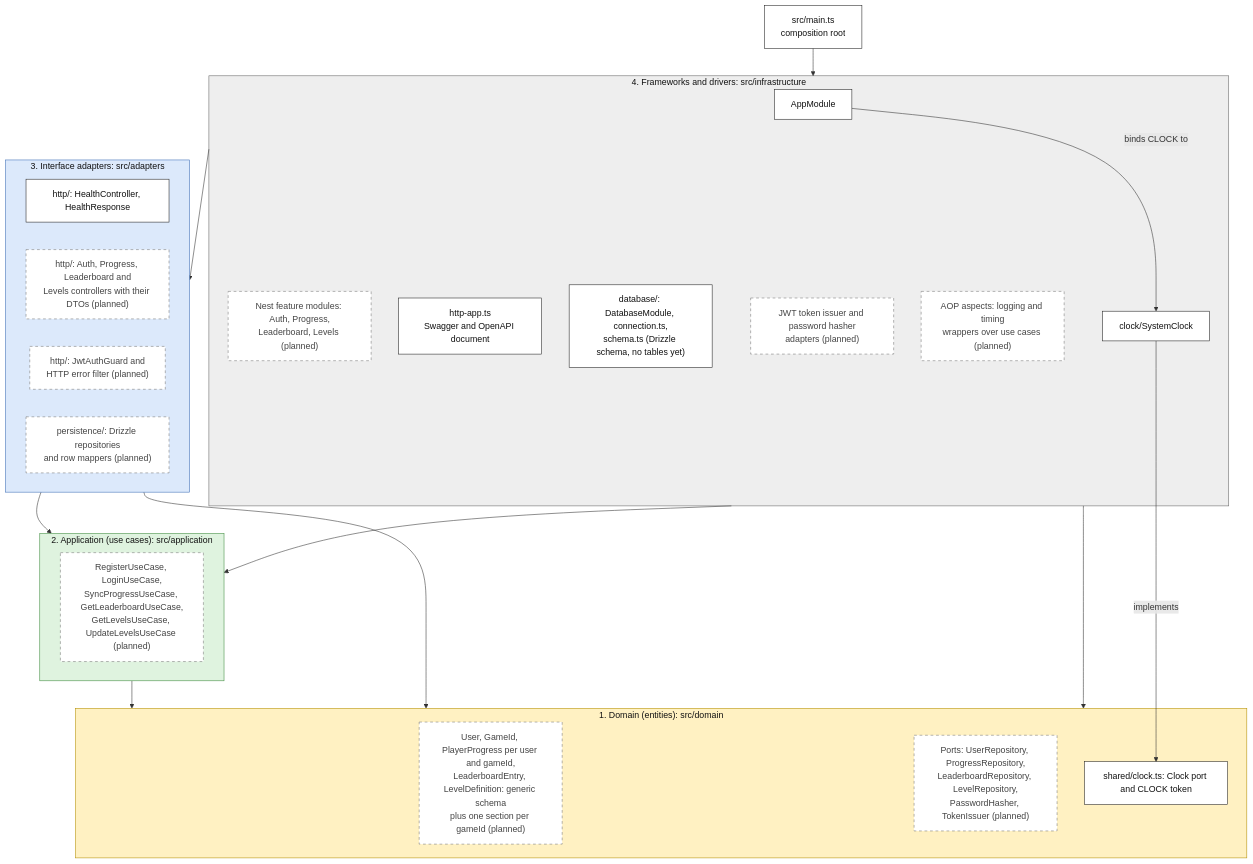
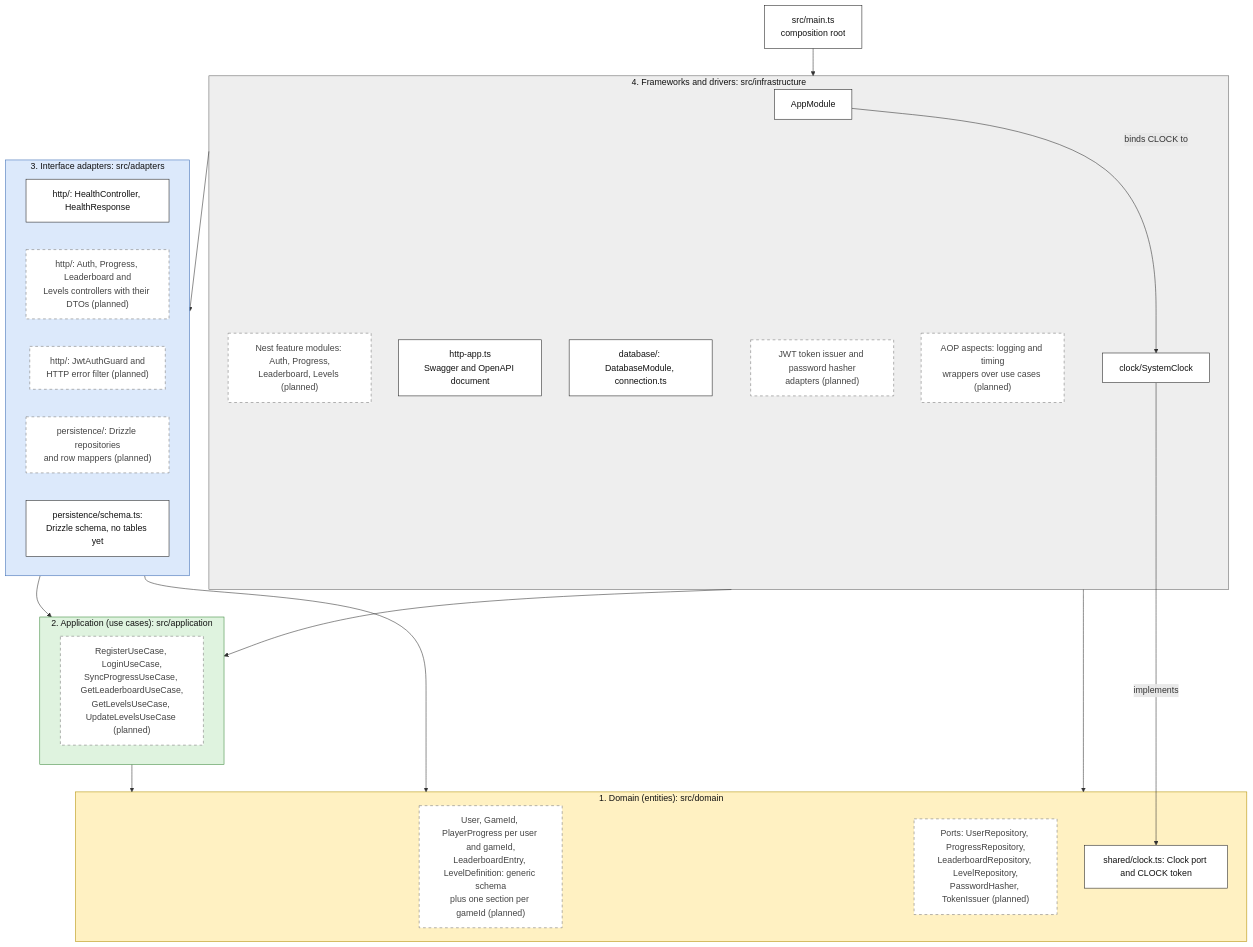
Before and after one commit to Hexablock-Suite/hexablock-api: the diagram in docs/architecture/layers.md, drawn with Mermaid. The commit also changed other lines of this file and 9 other files, not shown here.

First line of the commit message:
refactor(persistence): move the Drizzle schema into the persistence adapter

````diff
--- a/docs/architecture/layers.md
+++ b/docs/architecture/layers.md
@@ -9,51 +9,52 @@
 ```mermaid
 flowchart TB
   MAIN["src/main.ts<br/>composition root"]
 
   subgraph INFRA["4. Frameworks and drivers: src/infrastructure"]
     APPMOD["AppModule"]
     FEATMOD["Nest feature modules: Auth, Progress,<br/>Leaderboard, Levels (planned)"]
     HTTPAPP["http-app.ts<br/>Swagger and OpenAPI document"]
-    DB["database/: DatabaseModule, connection.ts,<br/>schema.ts (Drizzle schema, no tables yet)"]
+    DB["database/: DatabaseModule, connection.ts"]
     SYSCLOCK["clock/SystemClock"]
     SECURITY["JWT token issuer and password hasher<br/>adapters (planned)"]
     ASPECTS["AOP aspects: logging and timing<br/>wrappers over use cases (planned)"]
   end
 
   subgraph ADAPTERS["3. Interface adapters: src/adapters"]
     HEALTH["http/: HealthController, HealthResponse"]
     CONTROLLERS["http/: Auth, Progress, Leaderboard and<br/>Levels controllers with their DTOs (planned)"]
     GUARD["http/: JwtAuthGuard and<br/>HTTP error filter (planned)"]
     REPOS["persistence/: Drizzle repositories<br/>and row mappers (planned)"]
+    SCHEMA["persistence/schema.ts:<br/>Drizzle schema, no tables yet"]
   end
 
   subgraph APP["2. Application (use cases): src/application"]
     UC["RegisterUseCase, LoginUseCase,<br/>SyncProgressUseCase, GetLeaderboardUseCase,<br/>GetLevelsUseCase, UpdateLevelsUseCase (planned)"]
   end
 
   subgraph DOMAIN["1. Domain (entities): src/domain"]
     ENT["User, GameId, PlayerProgress per user and gameId,<br/>LeaderboardEntry, LevelDefinition: generic schema<br/>plus one section per gameId (planned)"]
     PORTS["Ports: UserRepository, ProgressRepository,<br/>LeaderboardRepository, LevelRepository,<br/>PasswordHasher, TokenIssuer (planned)"]
     CLOCK["shared/clock.ts: Clock port and CLOCK token"]
   end
 
   MAIN --> INFRA
   INFRA --> ADAPTERS
   INFRA --> APP
   INFRA --> DOMAIN
   ADAPTERS --> APP
   ADAPTERS --> DOMAIN
   APP --> DOMAIN
   SYSCLOCK -->|implements| CLOCK
   APPMOD -->|binds CLOCK to| SYSCLOCK
 
   classDef real fill:#ffffff,stroke:#222222,color:#111111
   classDef planned fill:#ffffff,stroke:#777777,stroke-dasharray:5 5,color:#444444
-  class MAIN,APPMOD,HTTPAPP,DB,SYSCLOCK,HEALTH,CLOCK real
+  class MAIN,APPMOD,HTTPAPP,DB,SYSCLOCK,HEALTH,SCHEMA,CLOCK real
   class FEATMOD,SECURITY,ASPECTS,CONTROLLERS,GUARD,REPOS,UC,ENT,PORTS planned
 
   style INFRA fill:#eeeeee,stroke:#666666,color:#111111
   style ADAPTERS fill:#dce9fb,stroke:#3d6db5,color:#111111
   style APP fill:#dff3df,stroke:#3c8a3c,color:#111111
   style DOMAIN fill:#fff1c2,stroke:#b38f00,color:#111111
 ```
````
